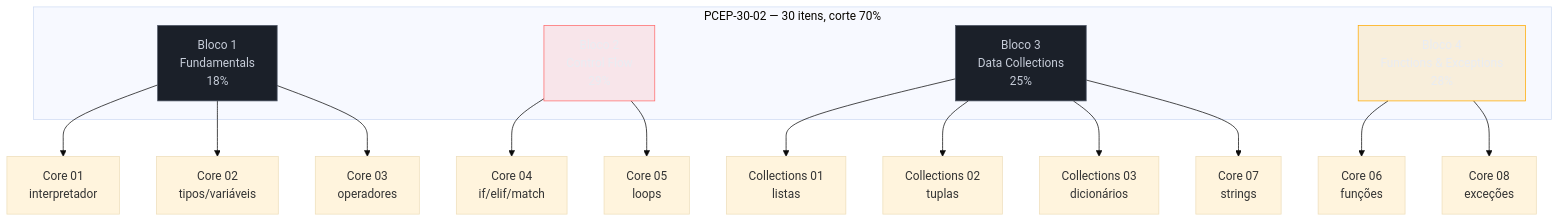
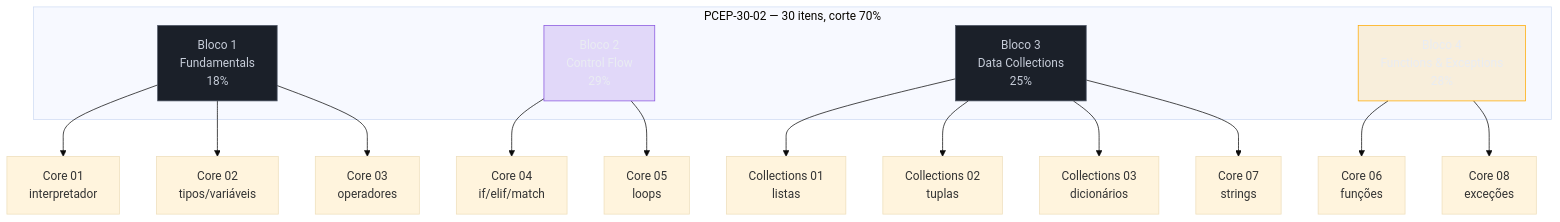
Before and after one commit to josenaldo/codex-technomanticus: the diagram in 03-Dominios/Tecnologia/Python/Certificação (PCEP-PCAP)/02 - PCEP na prática — fundamentos, controle de fluxo e coleções.md, drawn with Mermaid (base theme). The commit also changed 601 other files, not shown here.

````diff
--- a/03-Dominios/Tecnologia/Python/Certificação (PCEP-PCAP)/02 - PCEP na prática — fundamentos, controle de fluxo e coleções.md
+++ b/03-Dominios/Tecnologia/Python/Certificação (PCEP-PCAP)/02 - PCEP na prática — fundamentos, controle de fluxo e coleções.md
@@ -40,32 +40,32 @@
 ```mermaid
 flowchart TB
-    classDef falha fill:#FF6B6B24,stroke:#FF6B6B,color:#E9ECF2
+    classDef marca fill:#8855DF33,stroke:#8855DF,color:#E9ECF2
     classDef destaque fill:#FFAA0024,stroke:#FFAA00,color:#E9ECF2
     classDef neutro fill:#1B2029,stroke:#4E5666,color:#C6CCD8
     subgraph PCEP["PCEP-30-02 — 30 itens, corte 70%"]
         B1["Bloco 1<br/>Fundamentals<br/>18%"]
         B2["Bloco 2<br/>Control Flow<br/>29%"]
         B3["Bloco 3<br/>Data Collections<br/>25%"]
         B4["Bloco 4<br/>Functions & Exceptions<br/>28%"]
     end
 
     B1 --> N01["Core 01<br/>interpretador"]
     B1 --> N02["Core 02<br/>tipos/variáveis"]
     B1 --> N03["Core 03<br/>operadores"]
 
     B2 --> N04["Core 04<br/>if/elif/match"]
     B2 --> N05["Core 05<br/>loops"]
 
     B3 --> C01["Collections 01<br/>listas"]
     B3 --> C02["Collections 02<br/>tuplas"]
     B3 --> C03["Collections 03<br/>dicionários"]
     B3 --> N07["Core 07<br/>strings"]
 
     B4 --> N06["Core 06<br/>funções"]
     B4 --> N08["Core 08<br/>exceções"]
 
-    class B2 falha
+    class B2 marca
     class B4 destaque
     class B1 neutro
     class B3 neutro
 ```
````
